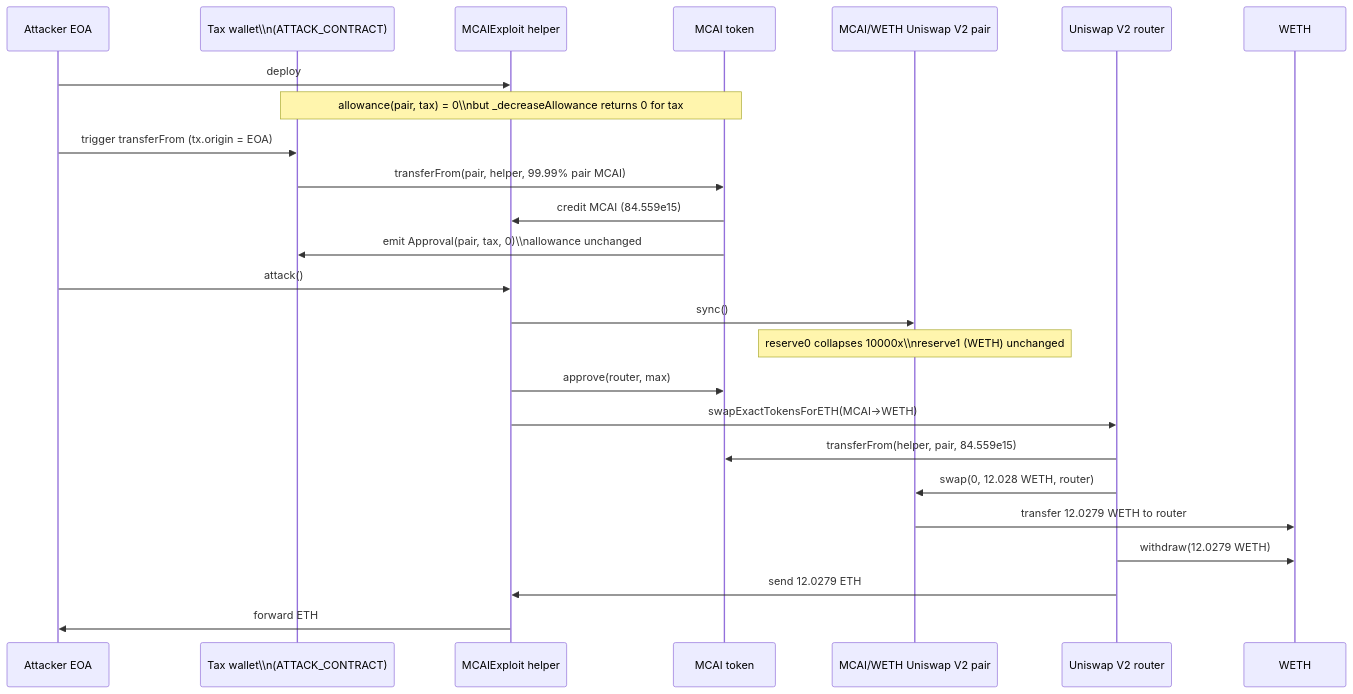
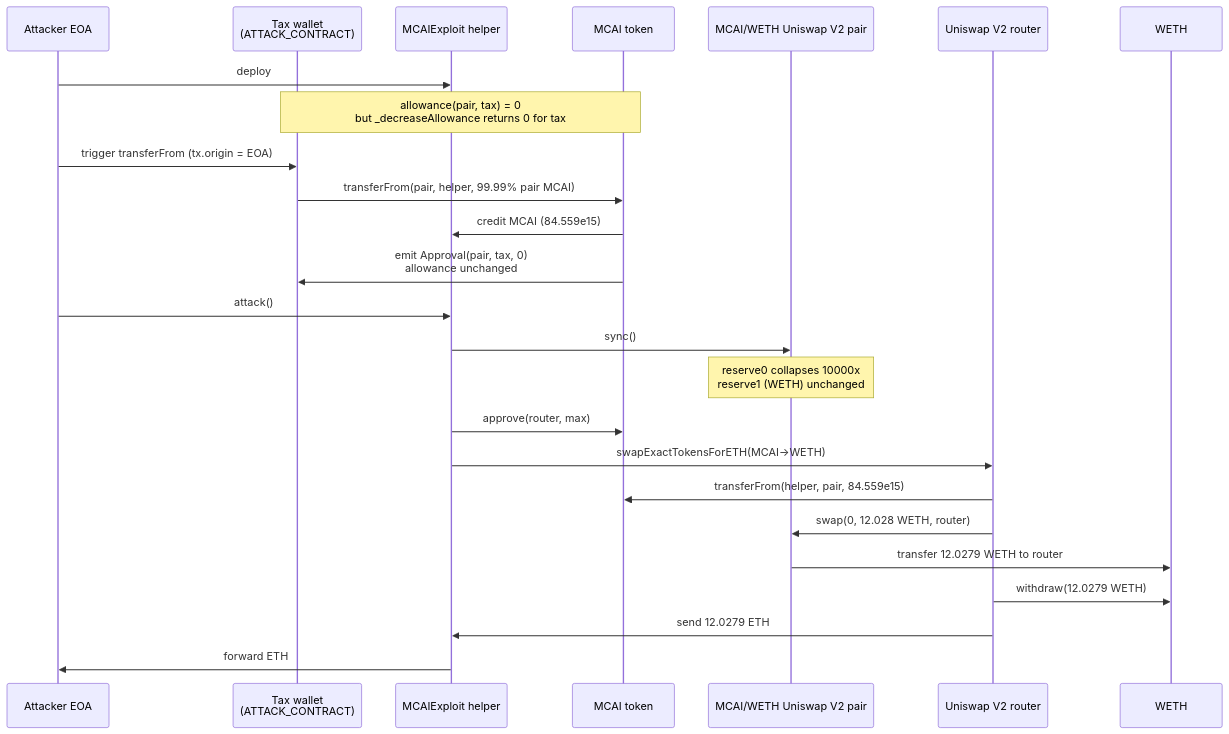
The first of 2 diagrams in 2025-01-MCAI_exp/MCAI_exp.md (sanbir/evm-hack-registry), drawn with Mermaid before and after one commit. The commit also changed other lines of this file and 280 other files, not shown here.

Commit message:
mermaid fixes

````diff
--- a/2025-01-MCAI_exp/MCAI_exp.md
+++ b/2025-01-MCAI_exp/MCAI_exp.md
@@ -141,28 +141,28 @@
 ```mermaid
 sequenceDiagram
     participant EOA as Attacker EOA
-    participant Tax as Tax wallet\\n(ATTACK_CONTRACT)
+    participant Tax as Tax wallet<br/>(ATTACK_CONTRACT)
     participant Help as MCAIExploit helper
     participant Tok as MCAI token
     participant Pair as MCAI/WETH Uniswap V2 pair
     participant Rtr as Uniswap V2 router
     participant WETH as WETH
 
     EOA->>Help: deploy
-    Note over Tax,Tok: allowance(pair, tax) = 0\\nbut _decreaseAllowance returns 0 for tax
+    Note over Tax,Tok: allowance(pair, tax) = 0<br/>but _decreaseAllowance returns 0 for tax
     EOA->>Tax: trigger transferFrom (tx.origin = EOA)
     Tax->>Tok: transferFrom(pair, helper, 99.99% pair MCAI)
     Tok->>Help: credit MCAI (84.559e15)
-    Tok->>Tax: emit Approval(pair, tax, 0)\\nallowance unchanged
+    Tok->>Tax: emit Approval(pair, tax, 0)<br/>allowance unchanged
     EOA->>Help: attack()
     Help->>Pair: sync()
-    Note over Pair: reserve0 collapses 10000x\\nreserve1 (WETH) unchanged
+    Note over Pair: reserve0 collapses 10000x<br/>reserve1 (WETH) unchanged
     Help->>Tok: approve(router, max)
     Help->>Rtr: swapExactTokensForETH(MCAI->WETH)
     Rtr->>Tok: transferFrom(helper, pair, 84.559e15)
     Rtr->>Pair: swap(0, 12.028 WETH, router)
     Pair->>WETH: transfer 12.0279 WETH to router
     Rtr->>WETH: withdraw(12.0279 WETH)
     Rtr->>Help: send 12.0279 ETH
     Help->>EOA: forward ETH
 ```
````
